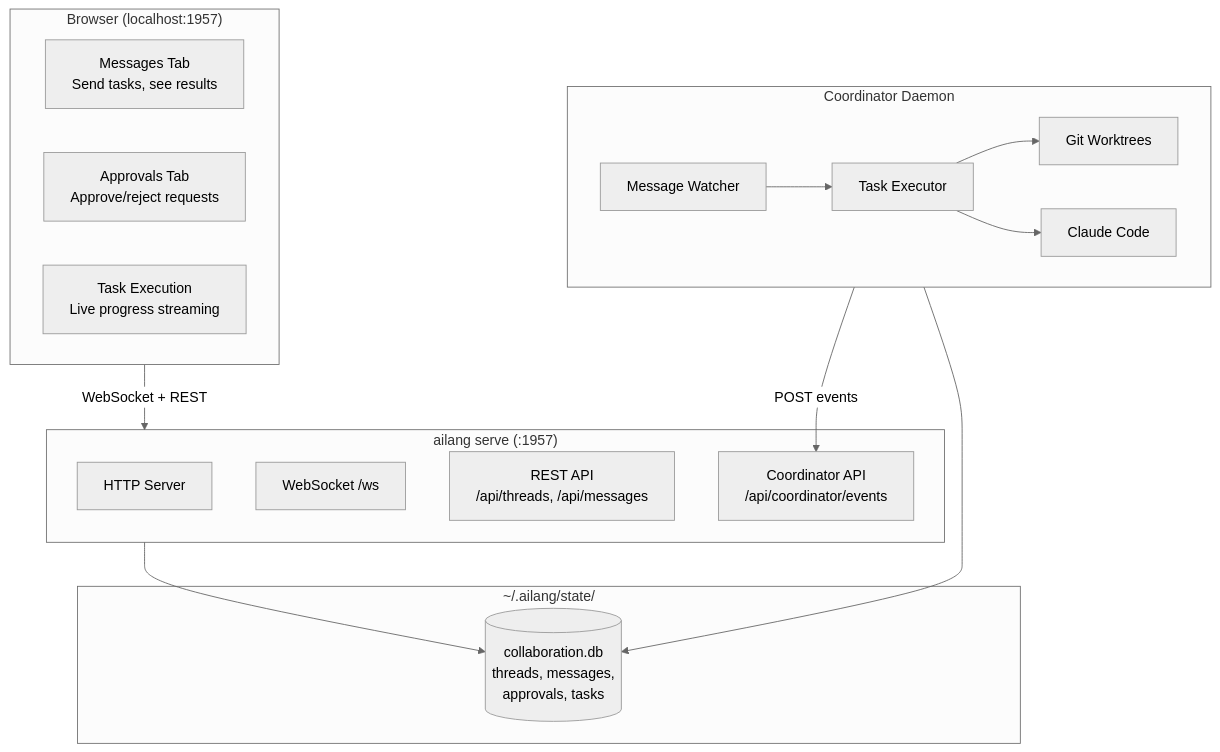
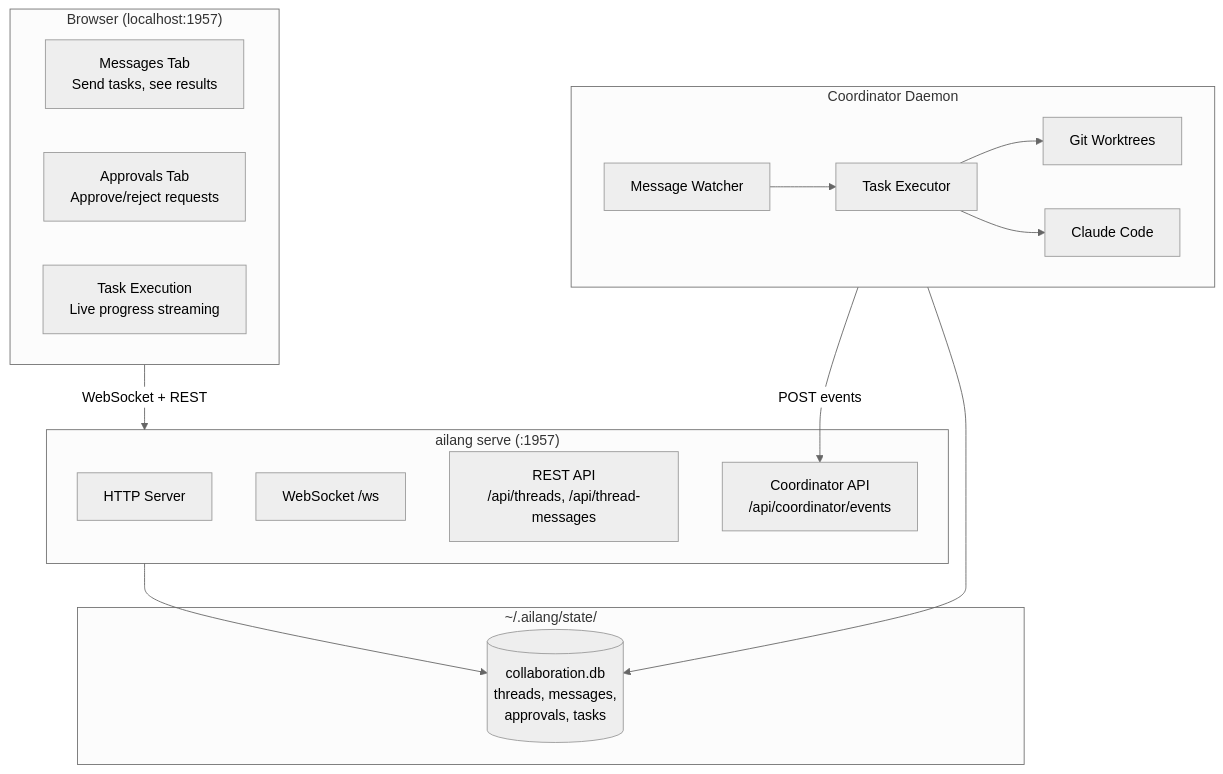
The diagram in docs/docs/guides/collaboration-hub.md (sunholo-data/ailang), drawn with Mermaid (neutral theme) before and after one commit. The commit also changed other lines of this file and 36 other files, not shown here.

````diff
--- a/docs/docs/guides/collaboration-hub.md
+++ b/docs/docs/guides/collaboration-hub.md
@@ -126,34 +126,34 @@
 ```mermaid
 flowchart TB
     subgraph Browser["Browser (localhost:1957)"]
         Messages["Messages Tab<br/>Send tasks, see results"]
         Approvals["Approvals Tab<br/>Approve/reject requests"]
         TaskExec["Task Execution<br/>Live progress streaming"]
     end
 
     subgraph Server["ailang serve (:1957)"]
         HTTP["HTTP Server"]
         WS["WebSocket /ws"]
-        REST["REST API<br/>/api/threads, /api/messages"]
+        REST["REST API<br/>/api/threads, /api/thread-messages"]
         CoordAPI["Coordinator API<br/>/api/coordinator/events"]
     end
 
     subgraph Storage["~/.ailang/state/"]
         DB[("collaboration.db<br/>threads, messages,<br/>approvals, tasks")]
     end
 
     subgraph Coordinator["Coordinator Daemon"]
         Watcher["Message Watcher"]
         Executor["Task Executor"]
         Worktrees["Git Worktrees"]
         AI["Claude Code"]
     end
 
     Browser -->|"WebSocket + REST"| Server
     Server --> DB
     Coordinator -->|"POST events"| CoordAPI
     Coordinator --> DB
     Watcher --> Executor
     Executor --> Worktrees
     Executor --> AI
 ```
````
